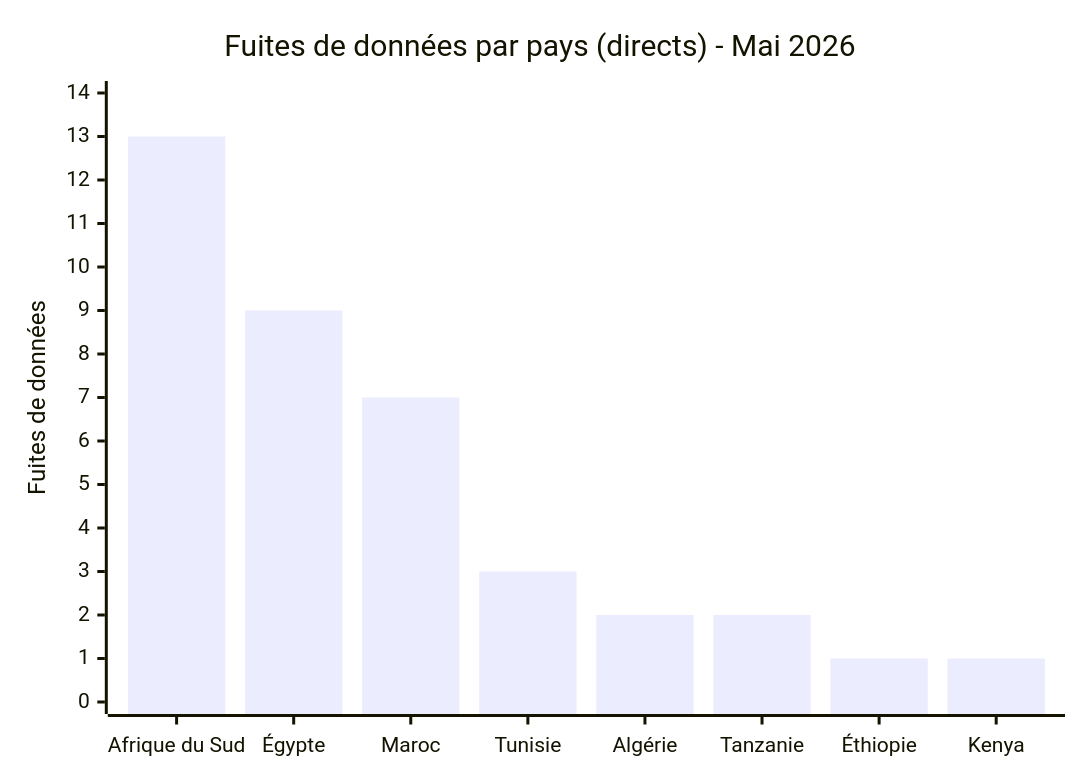
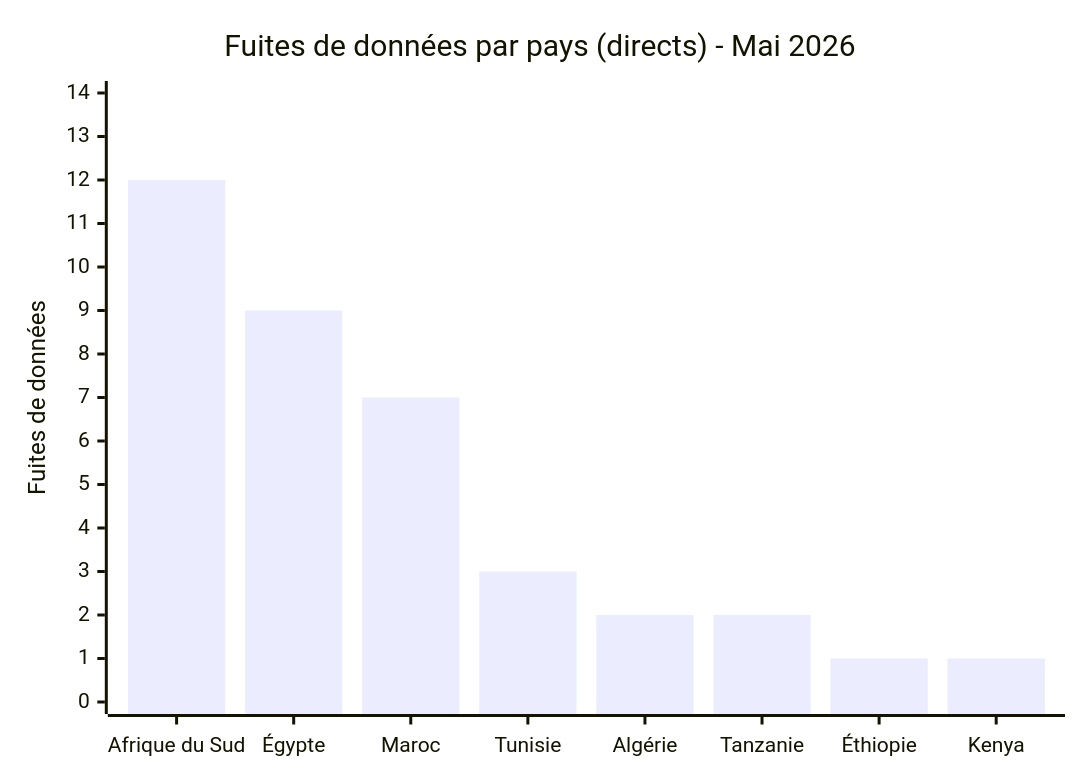
Before and after one commit to Hatchepsoute/AFRINTEL: the fourth of 7 diagrams in statistics/2026/05-may/README_FR.md, drawn with Mermaid. The commit also changed other lines of this file and 85 other files, not shown here.

````diff
--- a/statistics/2026/05-may/README_FR.md
+++ b/statistics/2026/05-may/README_FR.md
@@ -155,7 +155,7 @@
 ```mermaid
 xychart-beta
     title "Fuites de données par pays (directs) - Mai 2026"
     x-axis ["Afrique du Sud","Égypte","Maroc","Tunisie","Algérie","Tanzanie","Éthiopie","Kenya"]
     y-axis "Fuites de données" 0 --> 14
-    bar [13,9,7,3,2,2,1,1]
+    bar [12,9,7,3,2,2,1,1]
 ```
````
